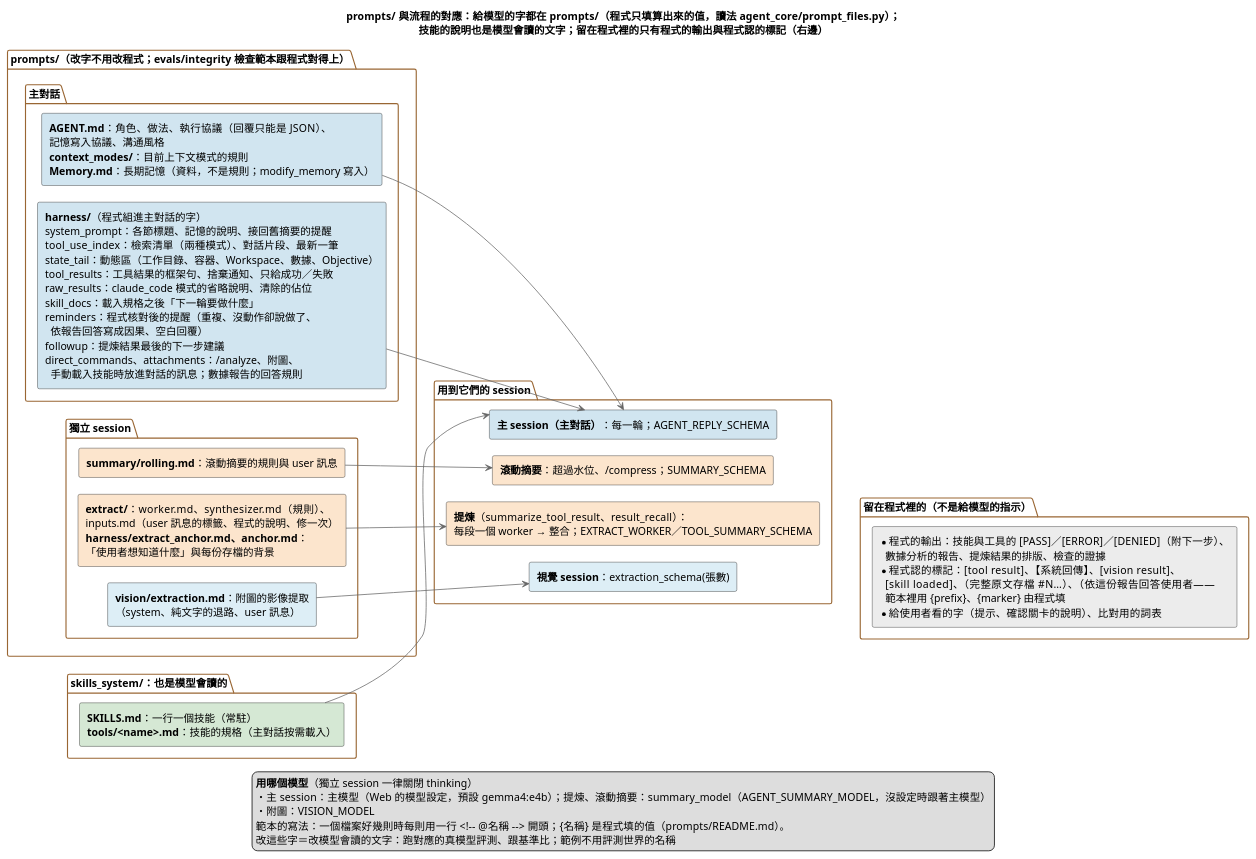
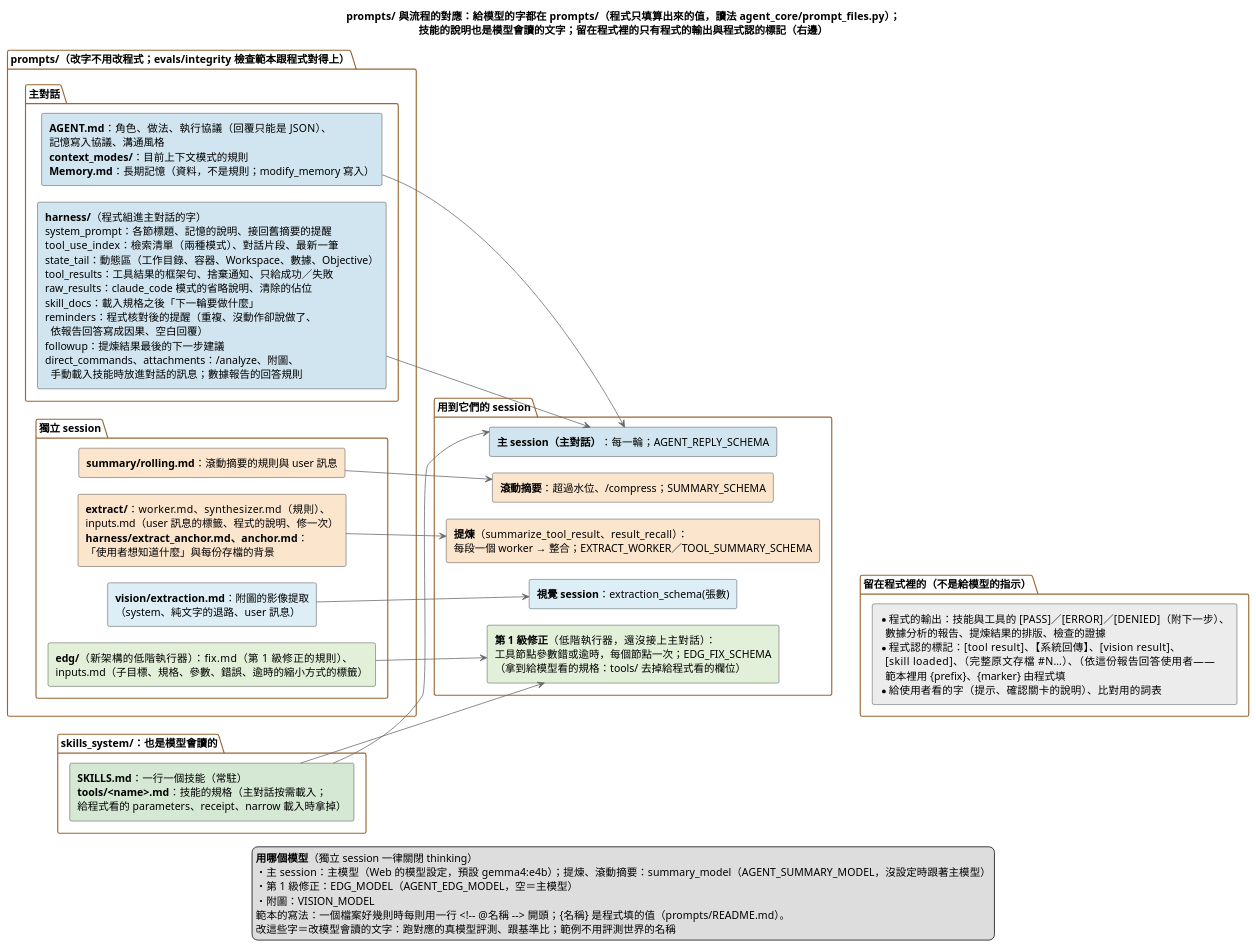
Before and after one commit to DavidZox/Coding_agnet: the diagram in doc/diagrams/prompts與流程的對應.puml, drawn with PlantUML. The commit also changed 5 other files, not shown here.

```diff
--- a/doc/diagrams/prompts與流程的對應.puml
+++ b/doc/diagrams/prompts與流程的對應.puml
@@ -1,103 +1,116 @@
 @startuml
 ' --- 樣式精準控制 ---
 skinparam shadowing false
 skinparam defaultFontName "Microsoft JhengHei"
 skinparam RectangleWidthMax 440
 skinparam PackageBorderColor #996633
 skinparam ArrowColor #666666
 skinparam ranksep 70
 skinparam nodesep 22
 left to right direction
 
 title prompts/ 與流程的對應：給模型的字都在 prompts/（程式只填算出來的值，讀法 agent_core/prompt_files.py）；\n技能的說明也是模型會讀的文字；留在程式裡的只有程式的輸出與程式認的標記（右邊）
 
 package "prompts/（改字不用改程式；evals/integrity 檢查範本跟程式對得上）" {
   package "主對話" {
     rectangle P_AGENT #D1E5F0 [
       **AGENT.md**：角色、做法、執行協議（回覆只能是 JSON）、
       記憶寫入協議、溝通風格
       **context_modes/**：目前上下文模式的規則
       **Memory.md**：長期記憶（資料，不是規則；modify_memory 寫入）
     ]
     rectangle P_HARNESS #D1E5F0 [
       **harness/**（程式組進主對話的字）
       system_prompt：各節標題、記憶的說明、接回舊摘要的提醒
       tool_use_index：檢索清單（兩種模式）、對話片段、最新一筆
       state_tail：動態區（工作目錄、容器、Workspace、數據、Objective）
       tool_results：工具結果的框架句、捨棄通知、只給成功／失敗
       raw_results：claude_code 模式的省略說明、清除的佔位
       skill_docs：載入規格之後「下一輪要做什麼」
       reminders：程式核對後的提醒（重複、沒動作卻說做了、
         依報告回答寫成因果、空白回覆）
       followup：提煉結果最後的下一步建議
       direct_commands、attachments：/analyze、附圖、
         手動載入技能時放進對話的訊息；數據報告的回答規則
     ]
   }
   package "獨立 session" {
     rectangle P_SUMMARY #FCE5CD [
       **summary/rolling.md**：滾動摘要的規則與 user 訊息
     ]
     rectangle P_EXTRACT #FCE5CD [
       **extract/**：worker.md、synthesizer.md（規則）、
       inputs.md（user 訊息的標籤、程式的說明、修一次）
       **harness/extract_anchor.md、anchor.md**：
       「使用者想知道什麼」與每份存檔的背景
     ]
     rectangle P_VISION #DDEEF6 [
       **vision/extraction.md**：附圖的影像提取
       （system、純文字的退路、user 訊息）
     ]
+    rectangle P_EDG #E2F0D9 [
+      **edg/**（新架構的低階執行器）：fix.md（第 1 級修正的規則）、
+      inputs.md（子目標、規格、參數、錯誤、逾時的縮小方式的標籤）
+    ]
   }
 }
 
 package "skills_system/：也是模型會讀的" {
   rectangle K_ALL #D5E8D4 [
     **SKILLS.md**：一行一個技能（常駐）
-    **tools/<name>.md**：技能的規格（主對話按需載入）
+    **tools/<name>.md**：技能的規格（主對話按需載入；
+    給程式看的 parameters、receipt、narrow 載入時拿掉）
   ]
 }
 
 package "用到它們的 session" {
   rectangle S_MAIN #D1E5F0 [
     **主 session（主對話）**：每一輪；AGENT_REPLY_SCHEMA
   ]
   rectangle S_SUMMARY #FCE5CD [
     **滾動摘要**：超過水位、/compress；SUMMARY_SCHEMA
   ]
   rectangle S_EXTRACT #FCE5CD [
     **提煉**（summarize_tool_result、result_recall）：
     每段一個 worker → 整合；EXTRACT_WORKER／TOOL_SUMMARY_SCHEMA
   ]
   rectangle S_VISION #DDEEF6 [
     **視覺 session**：extraction_schema(張數)
+  ]
+  rectangle S_EDG #E2F0D9 [
+    **第 1 級修正**（低階執行器，還沒接上主對話）：
+    工具節點參數錯或逾時，每個節點一次；EDG_FIX_SCHEMA
+    （拿到給模型看的規格：tools/ 去掉給程式看的欄位）
   ]
 }
 
 package "留在程式裡的（不是給模型的指示）" {
   rectangle C_LIST #ECECEC [
     * 程式的輸出：技能與工具的 [PASS]／[ERROR]／[DENIED]（附下一步）、
       數據分析的報告、提煉結果的排版、檢查的證據
     * 程式認的標記：[tool result]、【系統回傳】、[vision result]、
       [skill loaded]、（完整原文存檔 #N…）、（依這份報告回答使用者——
       範本裡用 {prefix}、{marker} 由程式填
     * 給使用者看的字（提示、確認關卡的說明）、比對用的詞表
   ]
 }
 
 P_AGENT --> S_MAIN
 P_HARNESS --> S_MAIN
 K_ALL --> S_MAIN
 P_SUMMARY --> S_SUMMARY
 P_EXTRACT --> S_EXTRACT
 P_VISION --> S_VISION
-S_VISION -[hidden]-> C_LIST
+P_EDG --> S_EDG
+K_ALL --> S_EDG
+S_EDG -[hidden]-> C_LIST
 
 legend bottom
   **用哪個模型**（獨立 session 一律關閉 thinking）
   ・主 session：主模型（Web 的模型設定，預設 gemma4:e4b）；提煉、滾動摘要：summary_model（AGENT_SUMMARY_MODEL，沒設定時跟著主模型）
+  ・第 1 級修正：EDG_MODEL（AGENT_EDG_MODEL，空＝主模型）
   ・附圖：VISION_MODEL
   範本的寫法：一個檔案好幾則時每則用一行 <!~-- @名稱 ~--> 開頭；{名稱} 是程式填的值（prompts/README.md）。
   改這些字＝改模型會讀的文字：跑對應的真模型評測、跟基準比；範例不用評測世界的名稱
 endlegend
 @enduml
```
